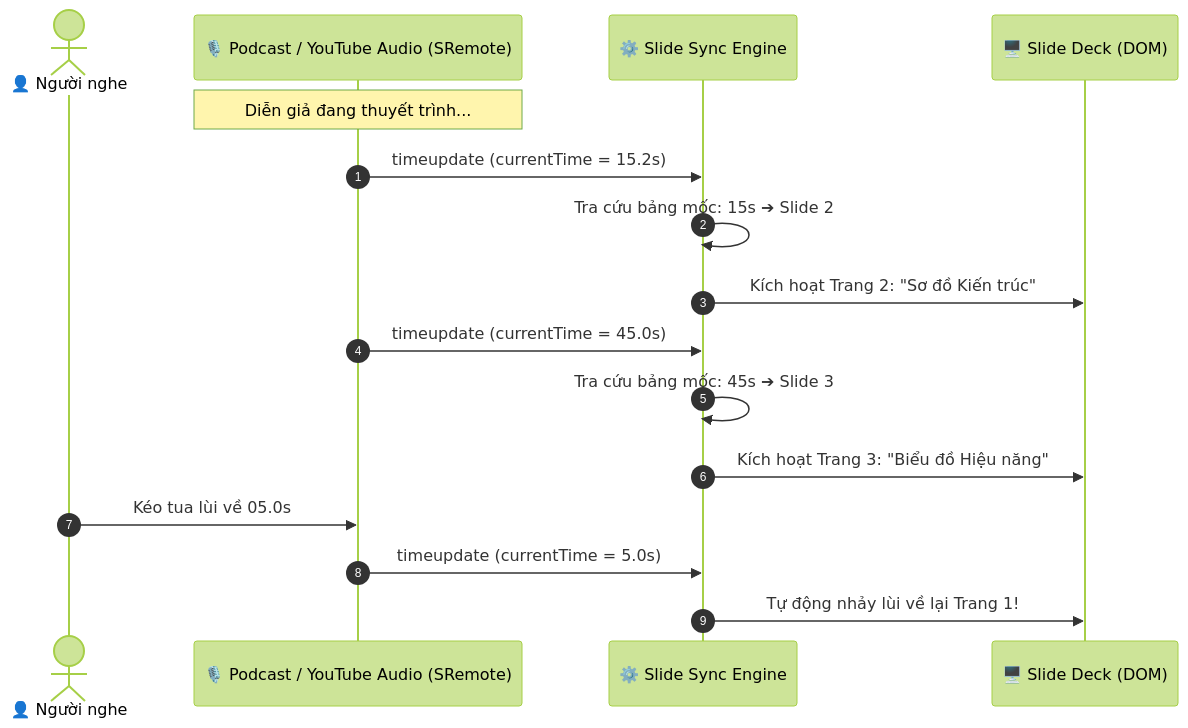
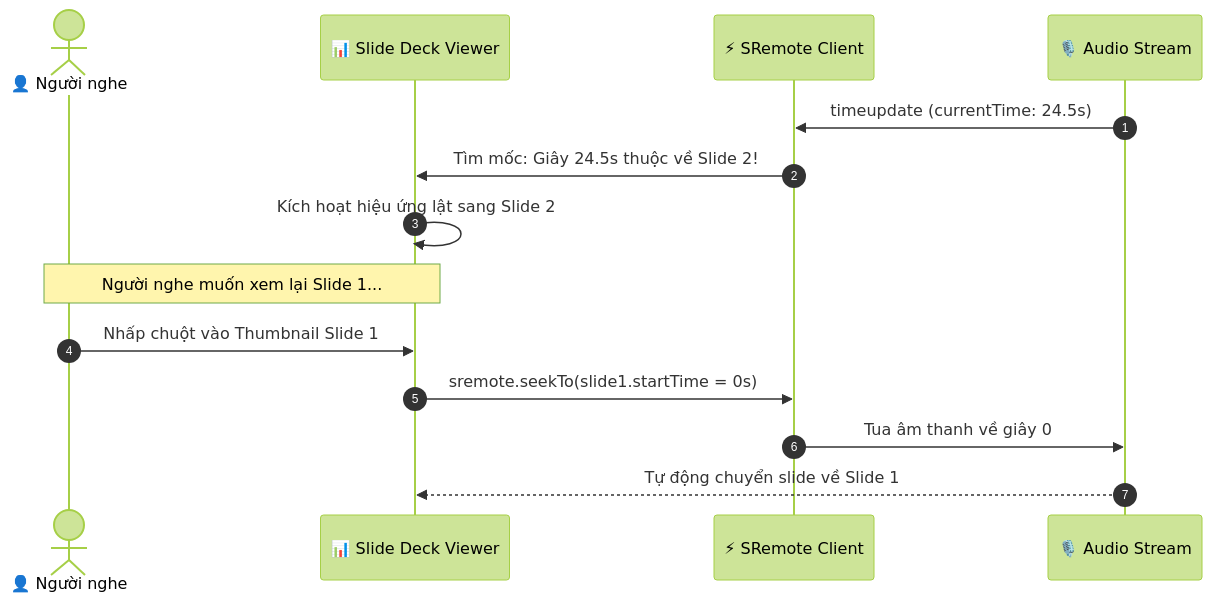
Before and after one commit to SweetSea-ButImNotSweet/sremote: the diagram in docs/content/guides/vi/blueprints/10-audio-slide.md, drawn with Mermaid (forest theme). The commit also changed other lines of this file and 15 other files, not shown here.

````diff
--- a/docs/content/guides/vi/blueprints/10-audio-slide.md
+++ b/docs/content/guides/vi/blueprints/10-audio-slide.md
@@ -14,21 +23,18 @@
 ```mermaid
 sequenceDiagram
     autonumber
     actor Listener as 👤 Người nghe
-    participant Audio as 🎙️ Podcast / YouTube Audio (SRemote)
-    participant SyncEngine as ⚙️ Slide Sync Engine
-    participant SlideUI as 🖥️ Slide Deck (DOM)
+    participant Deck as 📊 Slide Deck Viewer
+    participant SDK as ⚡ SRemote Client
+    participant Audio as 🎙️ Audio Stream
 
-    Note over Audio: Diễn giả đang thuyết trình...
-    Audio->>SyncEngine: timeupdate (currentTime = 15.2s)
-    SyncEngine->>SyncEngine: Tra cứu bảng mốc: 15s ➔ Slide 2
-    SyncEngine->>SlideUI: Kích hoạt Trang 2: "Sơ đồ Kiến trúc"
+    Audio->>SDK: timeupdate (currentTime: 24.5s)
+    SDK->>Deck: Tìm mốc: Giây 24.5s thuộc về Slide 2!
+    Deck->>Deck: Kích hoạt hiệu ứng lật sang Slide 2
 
-    Audio->>SyncEngine: timeupdate (currentTime = 45.0s)
-    SyncEngine->>SyncEngine: Tra cứu bảng mốc: 45s ➔ Slide 3
-    SyncEngine->>SlideUI: Kích hoạt Trang 3: "Biểu đồ Hiệu năng"
-
-    Listener->>Audio: Kéo tua lùi về 05.0s
-    Audio->>SyncEngine: timeupdate (currentTime = 5.0s)
-    SyncEngine->>SlideUI: Tự động nhảy lùi về lại Trang 1!
+    Note over Listener,Deck: Người nghe muốn xem lại Slide 1...
+    Listener->>Deck: Nhấp chuột vào Thumbnail Slide 1
+    Deck->>SDK: sremote.seekTo(slide1.startTime = 0s)
+    SDK->>Audio: Tua âm thanh về giây 0
+    Audio-->>Deck: Tự động chuyển slide về Slide 1
 ```
````
